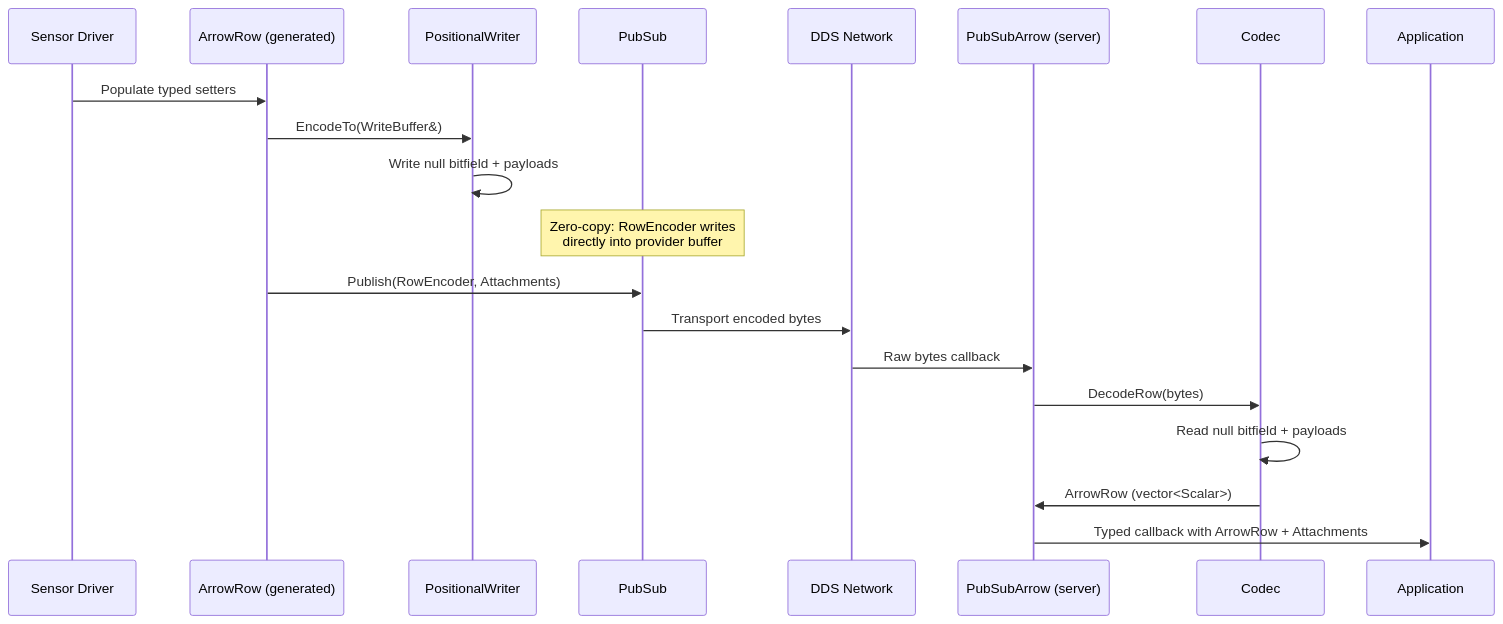
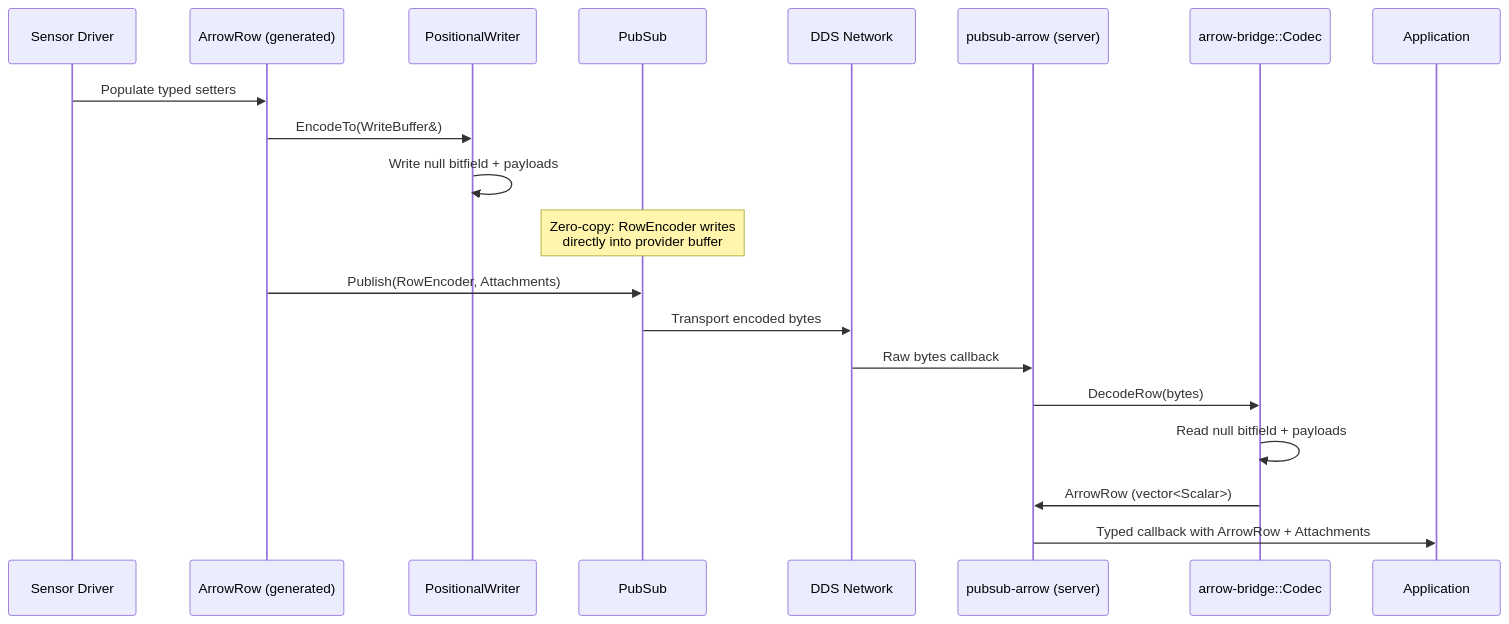
One commit to eivacom/Fletcher changed the first of 6 diagrams in docs/data-flow-diagrams.md. Above: the diagram before and after it, drawn with Mermaid. The commit also changed other lines of this file and 5 other files, not shown here.

````diff
--- a/docs/data-flow-diagrams.md
+++ b/docs/data-flow-diagrams.md
@@ -9,26 +9,26 @@
 ```mermaid
 sequenceDiagram
     participant S as Sensor Driver
     participant AR as ArrowRow (generated)
     participant PW as PositionalWriter
     participant PP as PubSub
     participant NET as DDS Network
-    participant PS as PubSubArrow (server)
-    participant PC as Codec
+    participant PS as pubsub-arrow (server)
+    participant PC as arrow-bridge::Codec
     participant APP as Application
 
     S->>AR: Populate typed setters
     AR->>PW: EncodeTo(WriteBuffer&)
     PW->>PW: Write null bitfield + payloads
 
     Note over PP: Zero-copy: RowEncoder writes<br/>directly into provider buffer
 
     AR->>PP: Publish(RowEncoder, Attachments)
     PP->>NET: Transport encoded bytes
 
     NET->>PS: Raw bytes callback
     PS->>PC: DecodeRow(bytes)
     PC->>PC: Read null bitfield + payloads
     PC->>PS: ArrowRow (vector<Scalar>)
     PS->>APP: Typed callback with ArrowRow + Attachments
 ```
````
